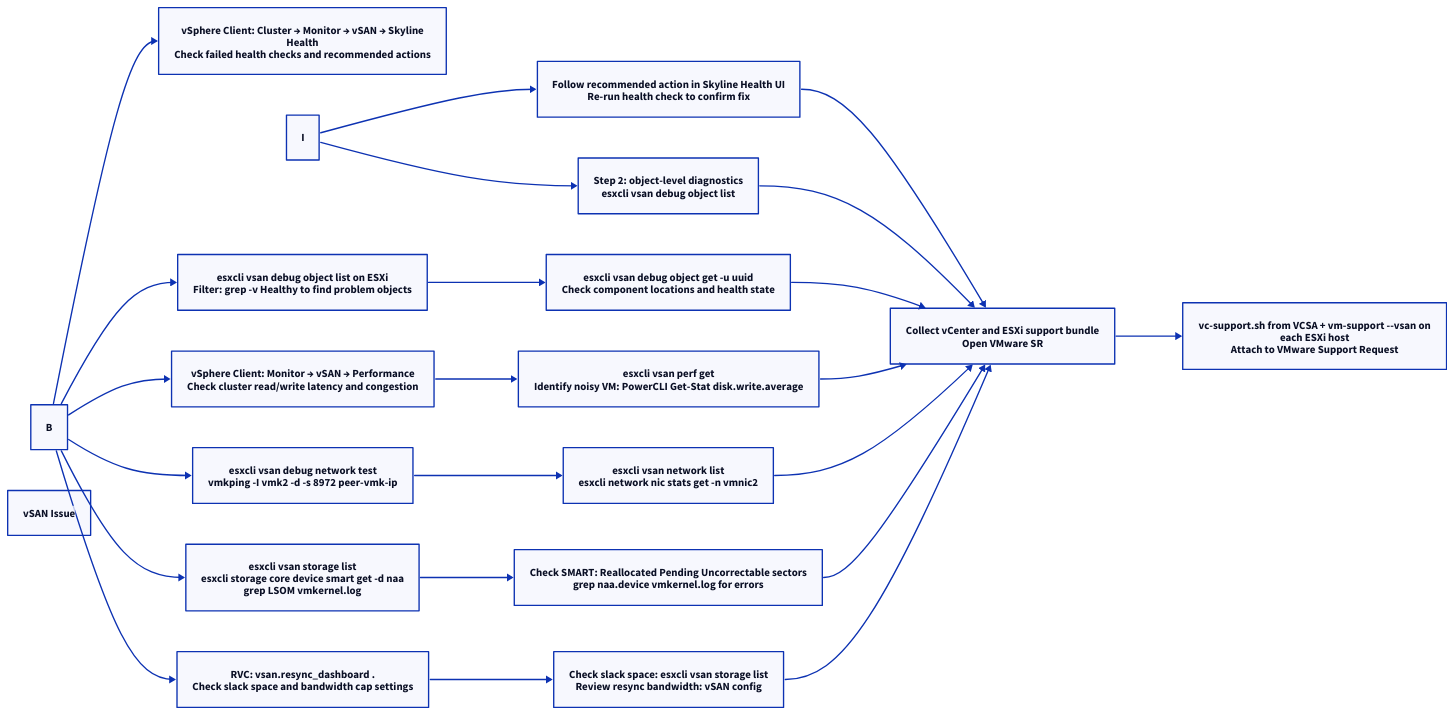
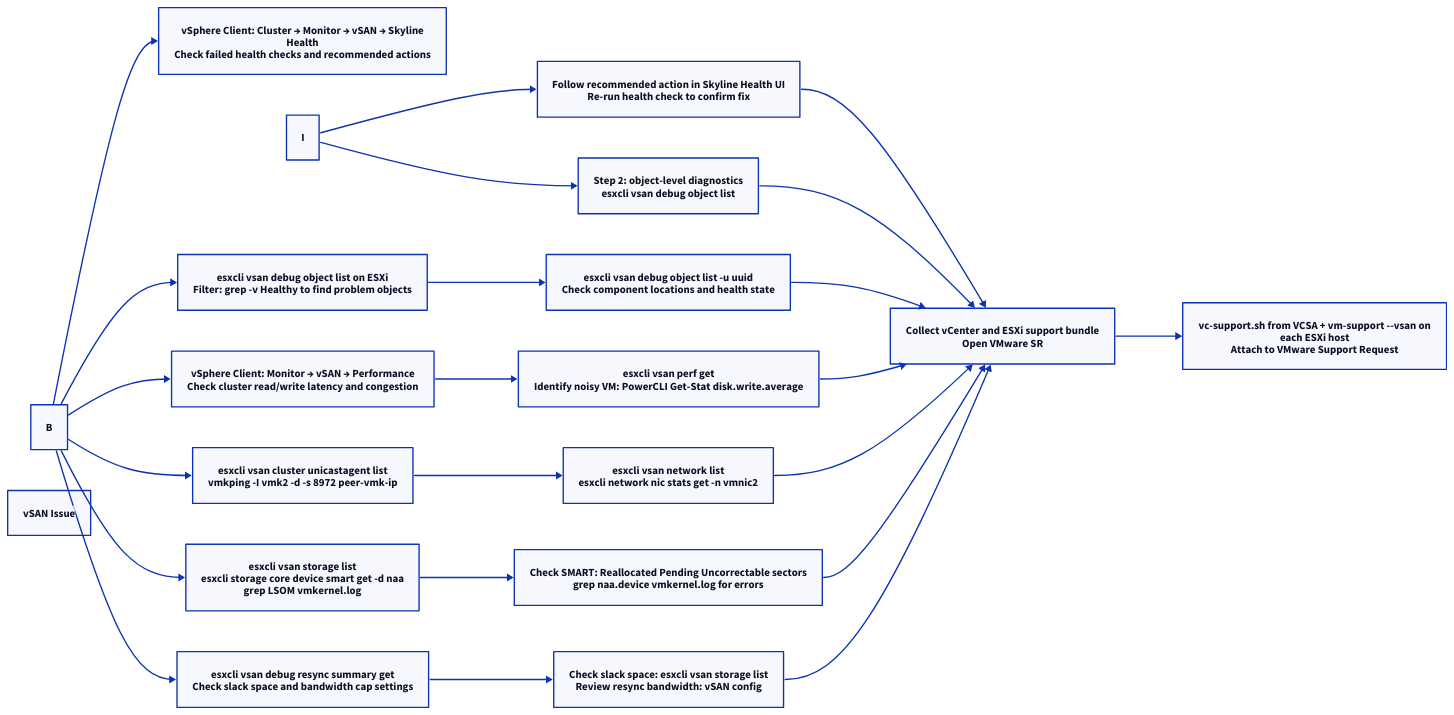
The first of 2 diagrams in docs/virtualization/vmware/products/vsan/troubleshooting/diagnostics.md (canast01/chris-kb), drawn with D2 before and after one commit. The commit also changed other lines of this file and 141 other files, not shown here.

First line of the commit message:
Phase B1 batch 1: accuracy fixes for nsx, esxi, vcenter, vsan, ontap; add audit Check 73

````diff
--- a/docs/virtualization/vmware/products/vsan/troubleshooting/diagnostics.md
+++ b/docs/virtualization/vmware/products/vsan/troubleshooting/diagnostics.md
@@ -20,44 +20,44 @@
 ```d2
 direction: right
 
 B: "B" {shape: rectangle}
 C: "vSphere Client: Cluster → Monitor → vSAN → Skyline\nHealth\nCheck failed health checks and recommended actions" {shape: rectangle}
 D: "esxcli vsan debug object list on ESXi\nFilter: grep -v Healthy to find problem objects" {shape: rectangle}
 E: "vSphere Client: Monitor → vSAN → Performance\nCheck cluster read/write latency and congestion" {shape: rectangle}
-F: "esxcli vsan debug network test\nvmkping -I vmk2 -d -s 8972 peer-vmk-ip" {shape: rectangle}
+F: "esxcli vsan cluster unicastagent list\nvmkping -I vmk2 -d -s 8972 peer-vmk-ip" {shape: rectangle}
 G: "esxcli vsan storage list\nesxcli storage core device smart get -d naa\ngrep LSOM vmkernel.log" {shape: rectangle}
-H: "RVC: vsan.resync_dashboard .\nCheck slack space and bandwidth cap settings" {shape: rectangle}
+H: "esxcli vsan debug resync summary get\nCheck slack space and bandwidth cap settings" {shape: rectangle}
 I: "I" {shape: rectangle}
 J: "Follow recommended action in Skyline Health UI\nRe-run health check to confirm fix" {shape: rectangle}
 K: "Step 2: object-level diagnostics\nesxcli vsan debug object list" {shape: rectangle}
-L: "esxcli vsan debug object get -u uuid\nCheck component locations and health state" {shape: rectangle}
+L: "esxcli vsan debug object list -u uuid\nCheck component locations and health state" {shape: rectangle}
 M: "esxcli vsan perf get\nIdentify noisy VM: PowerCLI Get-Stat disk.write.average" {shape: rectangle}
 N: "esxcli vsan network list\nesxcli network nic stats get -n vmnic2" {shape: rectangle}
 O: "Check SMART: Reallocated Pending Uncorrectable sectors\ngrep naa.device vmkernel.log for errors" {shape: rectangle}
 P: "Check slack space: esxcli vsan storage list\nReview resync bandwidth: vSAN config" {shape: rectangle}
 Q: "Collect vCenter and ESXi support bundle\nOpen VMware SR" {shape: rectangle}
 R: "vc-support.sh from VCSA + vm-support --vsan on\neach ESXi host\nAttach to VMware Support Request" {shape: rectangle}
 A: "vSAN Issue" {shape: rectangle}
 
 B -> C
 B -> D
 B -> E
 B -> F
 B -> G
 B -> H
 I -> J
 I -> K
 D -> L
 E -> M
 F -> N
 G -> O
 H -> P
 J -> Q
 K -> Q
 L -> Q
 M -> Q
 N -> Q
 O -> Q
 P -> Q
 Q -> R
 ```
````
